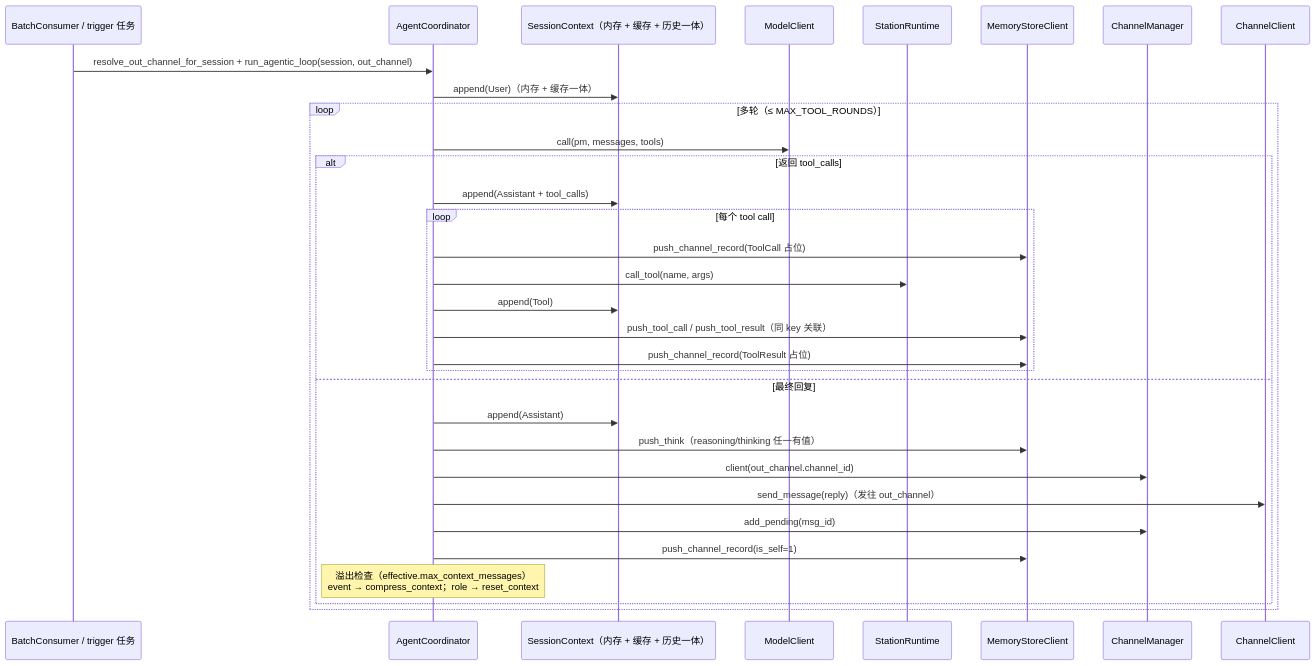
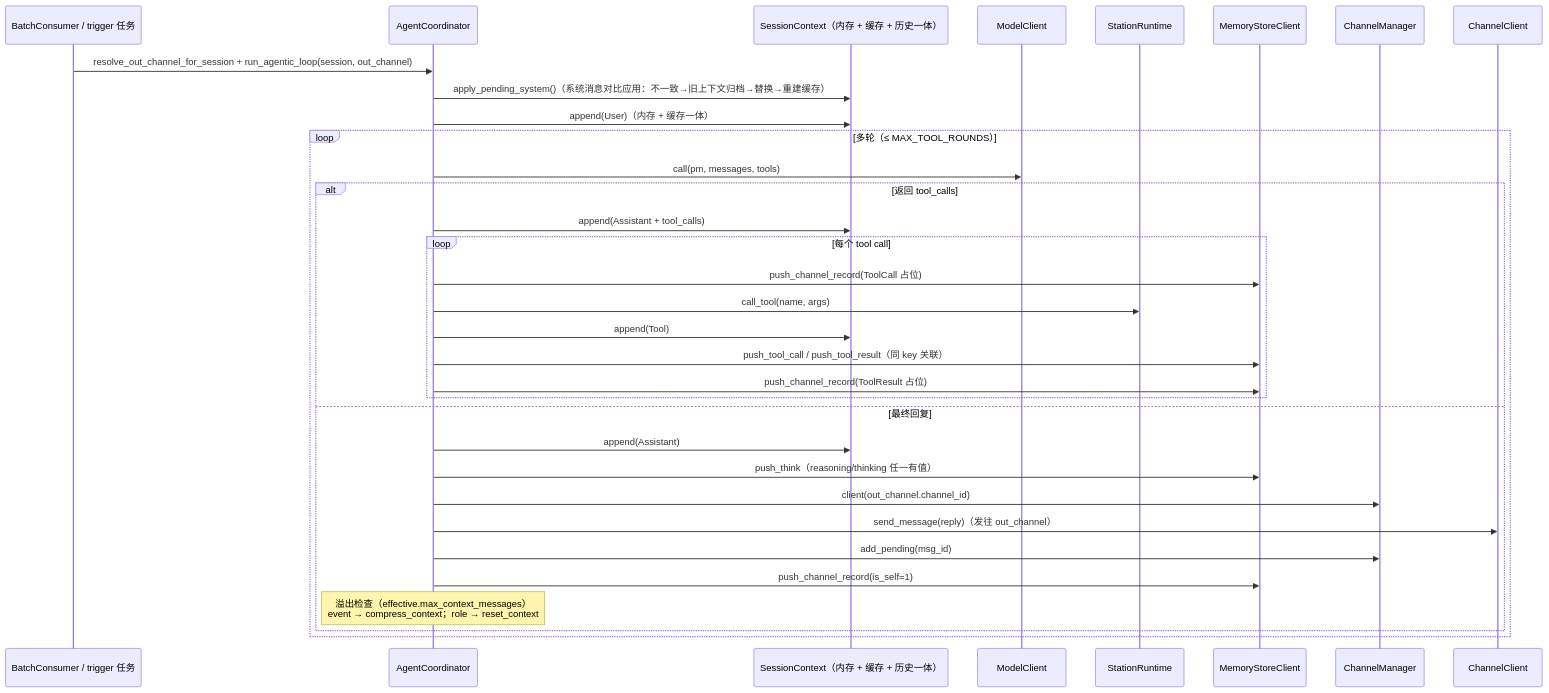
Before and after one commit to coldcloude/kissbot: the fourth of 5 diagrams in docs/spec/kissbot-agent-modules.md, drawn with Mermaid. The commit also changed other lines of this file and 2 other files, not shown here.

````diff
--- a/docs/spec/kissbot-agent-modules.md
+++ b/docs/spec/kissbot-agent-modules.md
@@ -147,35 +147,36 @@
 ```mermaid
 sequenceDiagram
     participant BP as BatchConsumer / trigger 任务
     participant CO as AgentCoordinator
     participant CTX as SessionContext（内存 + 缓存 + 历史一体）
     participant MLC as ModelClient
     participant ST as StationRuntime
     participant MSC as MemoryStoreClient
     participant CHM as ChannelManager
     participant CC as ChannelClient
 
     BP->>CO: resolve_out_channel_for_session + run_agentic_loop(session, out_channel)
+    CO->>CTX: apply_pending_system()（系统消息对比应用：不一致→旧上下文归档→替换→重建缓存）
     CO->>CTX: append(User)（内存 + 缓存一体）
     loop 多轮（≤ MAX_TOOL_ROUNDS）
         CO->>MLC: call(pm, messages, tools)
         alt 返回 tool_calls
             CO->>CTX: append(Assistant + tool_calls)
             loop 每个 tool call
                 CO->>MSC: push_channel_record(ToolCall 占位)
                 CO->>ST: call_tool(name, args)
                 CO->>CTX: append(Tool)
                 CO->>MSC: push_tool_call / push_tool_result（同 key 关联）
                 CO->>MSC: push_channel_record(ToolResult 占位)
             end
         else 最终回复
             CO->>CTX: append(Assistant)
             CO->>MSC: push_think（reasoning/thinking 任一有值）
             CO->>CHM: client(out_channel.channel_id)
             CO->>CC: send_message(reply)（发往 out_channel）
             CO->>CHM: add_pending(msg_id)
             CO->>MSC: push_channel_record(is_self=1)
             Note over CO: 溢出检查（effective.max_context_messages）<br/>event → compress_context；role → reset_context
         end
     end
 ```
````
